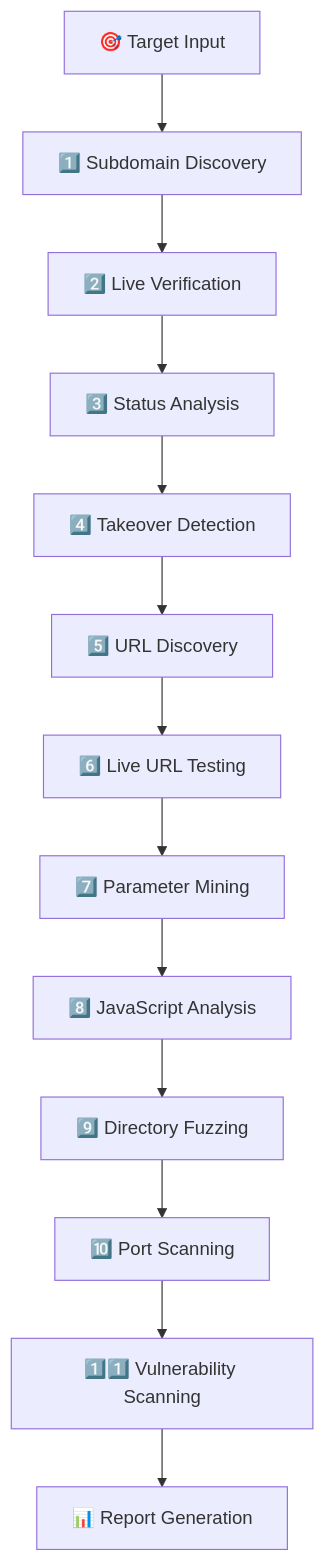
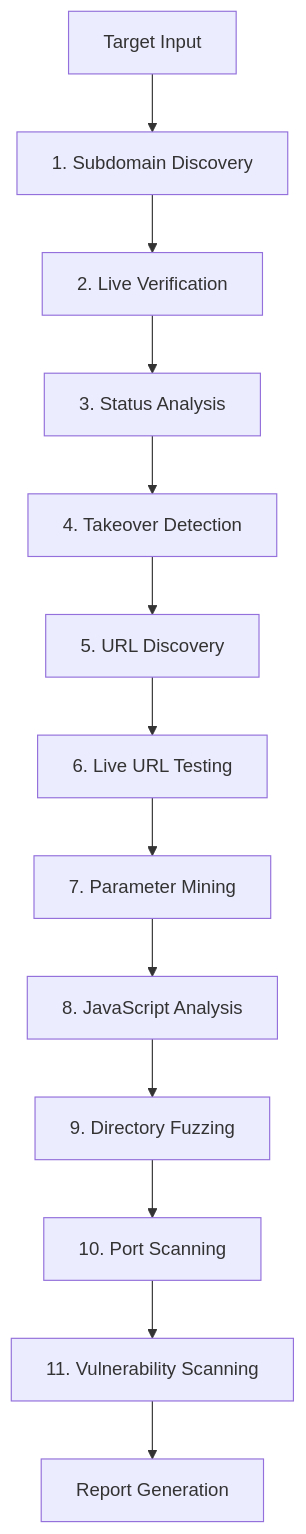
The first of 3 diagrams in README.md (vikrantbatra05/HuntTheBug), drawn with Mermaid before and after one commit. The commit also changed other lines of this file, not shown here.

````diff
--- a/README.md
+++ b/README.md
@@ -348,15 +346,15 @@
 ```mermaid
 graph TD
-    A[🎯 Target Input] --> B[1️⃣ Subdomain Discovery]
-    B --> C[2️⃣ Live Verification]
-    C --> D[3️⃣ Status Analysis]
-    D --> E[4️⃣ Takeover Detection]
-    E --> F[5️⃣ URL Discovery]
-    F --> G[6️⃣ Live URL Testing]
-    G --> H[7️⃣ Parameter Mining]
-    H --> I[8️⃣ JavaScript Analysis]
-    I --> J[9️⃣ Directory Fuzzing]
-    J --> K[🔟 Port Scanning]
-    K --> L[1️⃣1️⃣ Vulnerability Scanning]
-    L --> M[📊 Report Generation]
+    A[Target Input] --> B[1. Subdomain Discovery]
+    B --> C[2. Live Verification]
+    C --> D[3. Status Analysis]
+    D --> E[4. Takeover Detection]
+    E --> F[5. URL Discovery]
+    F --> G[6. Live URL Testing]
+    G --> H[7. Parameter Mining]
+    H --> I[8. JavaScript Analysis]
+    I --> J[9. Directory Fuzzing]
+    J --> K[10. Port Scanning]
+    K --> L[11. Vulnerability Scanning]
+    L --> M[Report Generation]
 ```
````
